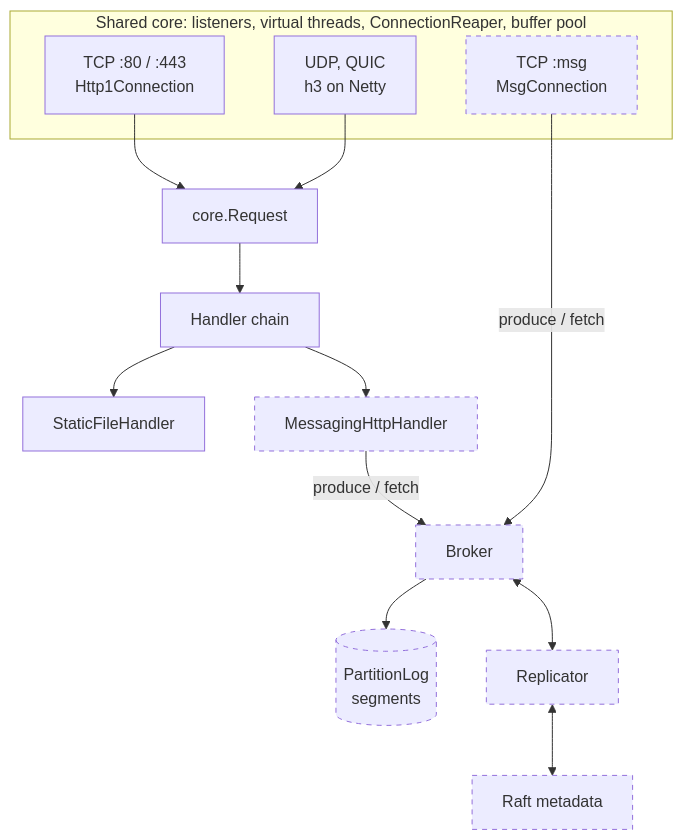
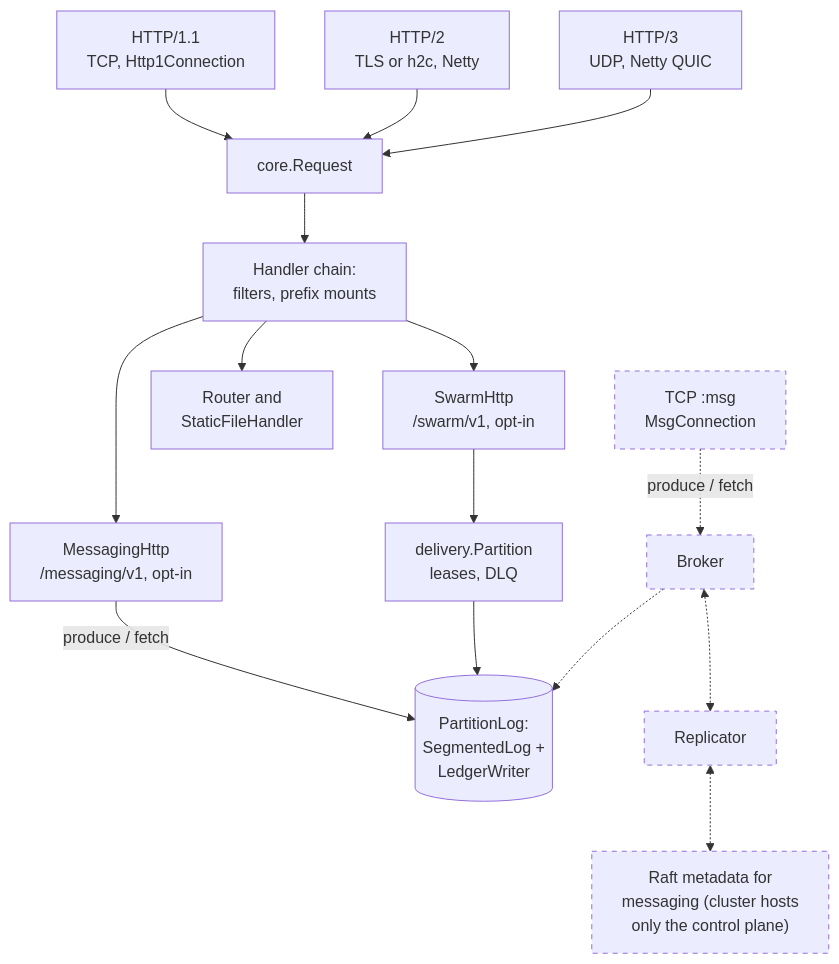
Before and after one commit to BlivionIaG/sjws_nettask: the fifth of 5 diagrams in docs/design/architecture.md, drawn with Mermaid. The commit also changed other lines of this file and 5 other files, not shown here.

First line of the commit message:
docs: refresh core, CI and buffer-pool diagrams for the new master

````diff
--- a/docs/design/architecture.md
+++ b/docs/design/architecture.md
@@ -248,23 +258,23 @@
 ```mermaid
 flowchart TB
-    subgraph shared["Shared core: listeners, virtual threads, ConnectionReaper, buffer pool"]
-        tcp["TCP :80 / :443<br/>Http1Connection"]
-        quic["UDP, QUIC<br/>h3 on Netty"]
-        msg["TCP :msg<br/>MsgConnection"]
-    end
+    t1["HTTP/1.1<br/>TCP, Http1Connection"] --> req
+    t2["HTTP/2<br/>TLS or h2c, Netty"] --> req
+    t3["HTTP/3<br/>UDP, Netty QUIC"] --> req
+    msg["TCP :msg<br/>MsgConnection"]
 
-    tcp --> req["core.Request"]
-    quic --> req
-    req --> chain["Handler chain"]
-    chain --> static["StaticFileHandler"]
-    chain --> mh["MessagingHttpHandler"]
+    req["core.Request"] --> chain["Handler chain:<br/>filters, prefix mounts"]
+    chain --> static["Router and<br/>StaticFileHandler"]
+    chain --> mh["MessagingHttp<br/>/messaging/v1, opt-in"]
+    chain --> sh["SwarmHttp<br/>/swarm/v1, opt-in"]
 
-    mh -->|"produce / fetch"| broker["Broker"]
-    msg -->|"produce / fetch"| broker
-    broker --> plog[("PartitionLog<br/>segments")]
-    broker <--> repl["Replicator"]
-    repl <--> raft["Raft metadata"]
+    mh -->|"produce / fetch"| plog[("PartitionLog:<br/>SegmentedLog +<br/>LedgerWriter")]
+    sh --> part["delivery.Partition<br/>leases, DLQ"]
+    part --> plog
+    msg -.->|"produce / fetch"| broker["Broker"]
+    broker -.-> plog
+    broker <-.-> repl["Replicator"]
+    repl <-.-> raft["Raft metadata for<br/>messaging (cluster hosts<br/>only the control plane)"]
 
     classDef design stroke-dasharray: 5 5
-    class msg,mh,broker,plog,repl,raft design
+    class msg,broker,repl,raft design
 ```
````
